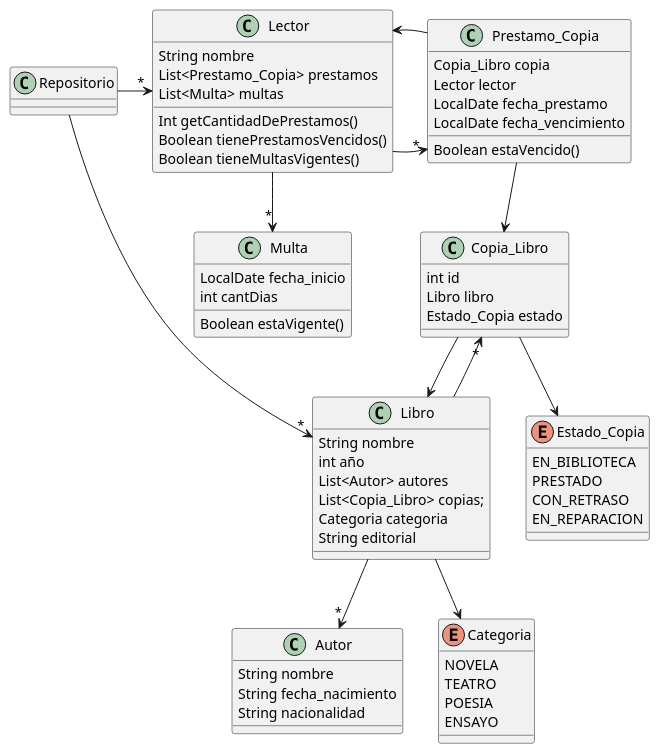
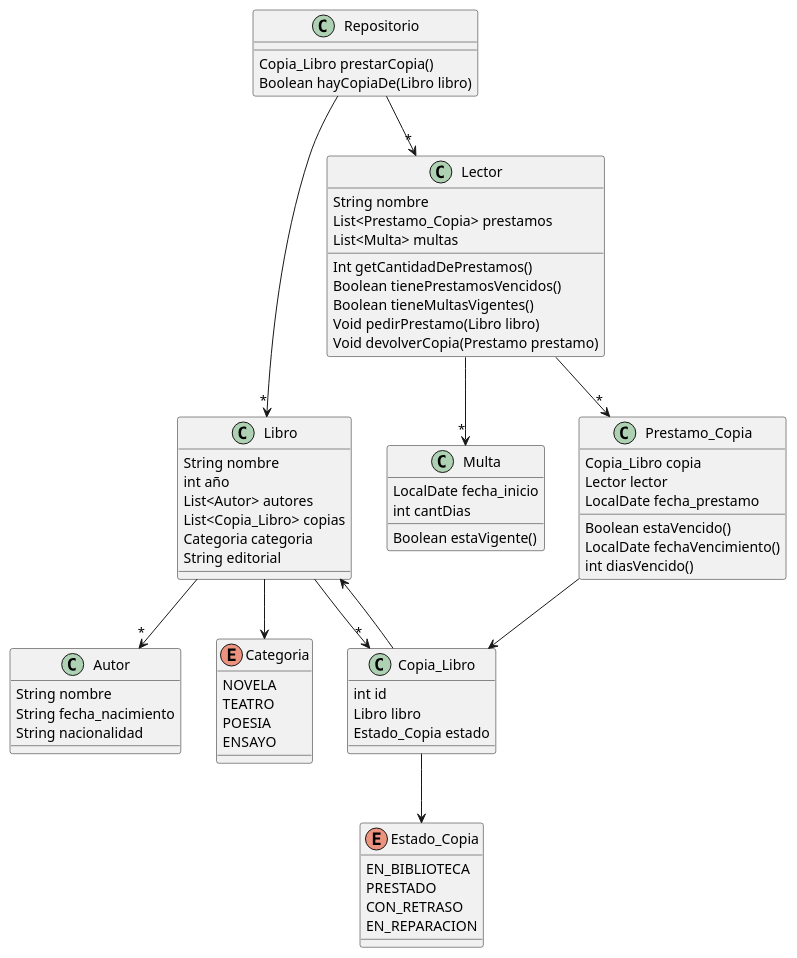
One commit to LucasBarr99/DDS-Grupo7 changed the diagram in src/DiagrameDeClases-EJ31.puml. Above: the diagram before and after it, drawn with PlantUML. The commit also changed 14 other files, not shown here.

Commit message:
Agrego Codigo al lector y repositorio. Modifico algunos metodos

```diff
--- a/src/DiagrameDeClases-EJ31.puml
+++ b/src/DiagrameDeClases-EJ31.puml
@@ -1,82 +1,84 @@
 @startuml
 'https://plantuml.com/class-diagram
 
 class Libro {
     String nombre
     int año
     List<Autor> autores
-    List<Copia_Libro> copias;
+    List<Copia_Libro> copias
     Categoria categoria
     String editorial
 
 }
 
 class Copia_Libro {
     int id
     Libro libro
     Estado_Copia estado
 
 }
 class Prestamo_Copia {
     Copia_Libro copia
     Lector lector
     LocalDate fecha_prestamo
-    LocalDate fecha_vencimiento
+
 
     Boolean estaVencido()
-
+    LocalDate fechaVencimiento()
+    int diasVencido()
 }
 class Autor {
     String nombre
     String fecha_nacimiento
     String nacionalidad
 }
 
 enum Categoria {
 NOVELA
 TEATRO
 POESIA
 ENSAYO
 }
 enum Estado_Copia {
 EN_BIBLIOTECA
 PRESTADO
 CON_RETRASO
 EN_REPARACION
 }
 
 class Lector{
     String nombre
     List<Prestamo_Copia> prestamos
     List<Multa> multas
 
     Int getCantidadDePrestamos()
     Boolean tienePrestamosVencidos()
     Boolean tieneMultasVigentes()
+    Void pedirPrestamo(Libro libro)
+    Void devolverCopia(Prestamo prestamo)
 }
 class Multa{
     LocalDate fecha_inicio
     int cantDias
 
     Boolean estaVigente()
 
 }
-
 class Repositorio{
 
-
+    Copia_Libro prestarCopia()
+    Boolean hayCopiaDe(Libro libro)
 }
 
 Libro --> Categoria
 Libro -->"*" Autor
 Copia_Libro --> Estado_Copia
 Copia_Libro --> Libro
 Prestamo_Copia --> Copia_Libro
 Lector -->"*" Multa
 Libro -->"*" Copia_Libro
 Lector -->"*" Prestamo_Copia
-Prestamo_Copia -> Lector
-Repositorio ->"*" Libro
-Repositorio ->"*" Lector
+Repositorio -->"*" Libro
+Repositorio -->"*" Lector
 
 @enduml
```
